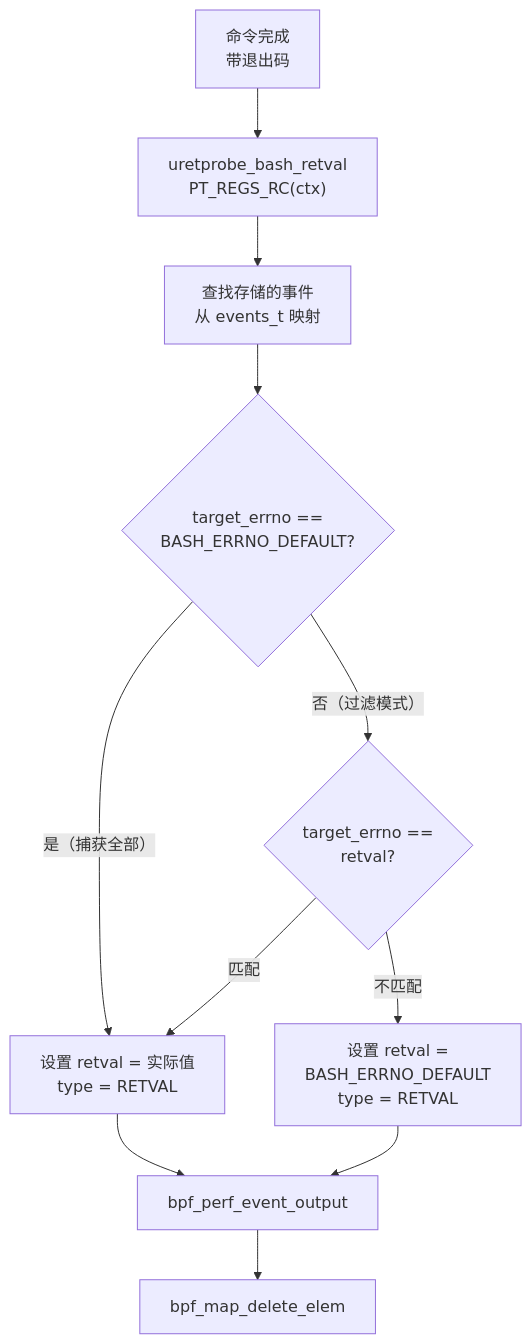
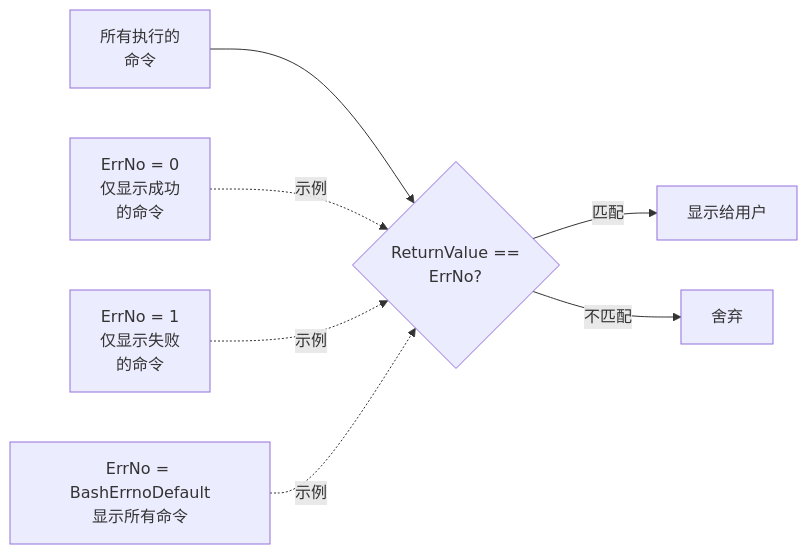
One commit to gojue/ecapture.cc changed the fourth of 6 diagrams in src/zh/3-capture-modules/3.2.1-shell-command-auditing.md. Above: the diagram before and after it, drawn with Mermaid. The commit also changed other lines of this file and 115 other files, not shown here.

````diff
--- a/src/zh/3-capture-modules/3.2.1-shell-command-auditing.md
+++ b/src/zh/3-capture-modules/3.2.1-shell-command-auditing.md
@@ -306,29 +251,16 @@
 ```mermaid
-graph TB
-    Command["命令完成<br/>带退出码"]
-    Probe["uretprobe_bash_retval<br/>PT_REGS_RC(ctx)"]
-    Lookup["查找存储的事件<br/>从 events_t 映射"]
+graph LR
+    AllCommands["所有执行的<br/>命令"]
+    Filter{"ReturnValue ==<br/>ErrNo?"}
+    Success["ErrNo = 0<br/>仅显示成功<br/>的命令"]
+    Failure["ErrNo = 1<br/>仅显示失败<br/>的命令"]
+    AllCodes["ErrNo = BashErrnoDefault<br/>显示所有命令"]
     
-    CheckErrno{"target_errno ==<br/>BASH_ERRNO_DEFAULT?"}
-    CheckMatch{"target_errno ==<br/>retval?"}
+    AllCommands --> Filter
+    Filter -->|"匹配"| Output["显示给用户"]
+    Filter -->|"不匹配"| Drop["舍弃"]
     
-    MarkNotCaptured["设置 retval =<br/>BASH_ERRNO_DEFAULT<br/>type = RETVAL"]
-    UpdateRetval["设置 retval = 实际值<br/>type = RETVAL"]
-    
-    Output["bpf_perf_event_output"]
-    Delete["bpf_map_delete_elem"]
-    
-    Command --> Probe
-    Probe --> Lookup
-    Lookup --> CheckErrno
-    
-    CheckErrno -->|"是（捕获全部）"| UpdateRetval
-    CheckErrno -->|"否（过滤模式）"| CheckMatch
-    
-    CheckMatch -->|"匹配"| UpdateRetval
-    CheckMatch -->|"不匹配"| MarkNotCaptured
-    
-    MarkNotCaptured --> Output
-    UpdateRetval --> Output
-    Output --> Delete
+    Success -.示例.-> Filter
+    Failure -.示例.-> Filter
+    AllCodes -.示例.-> Filter
 ```
````
